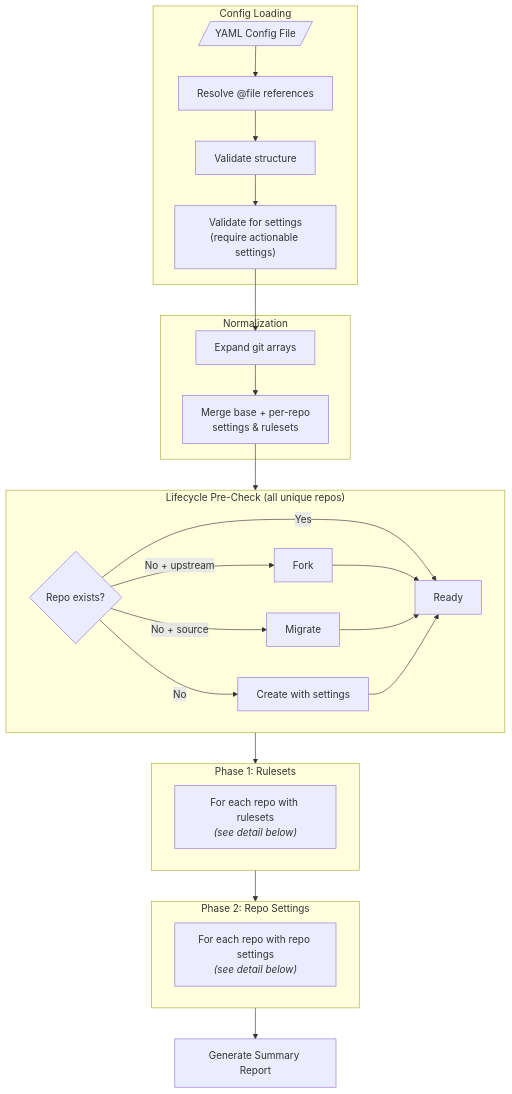
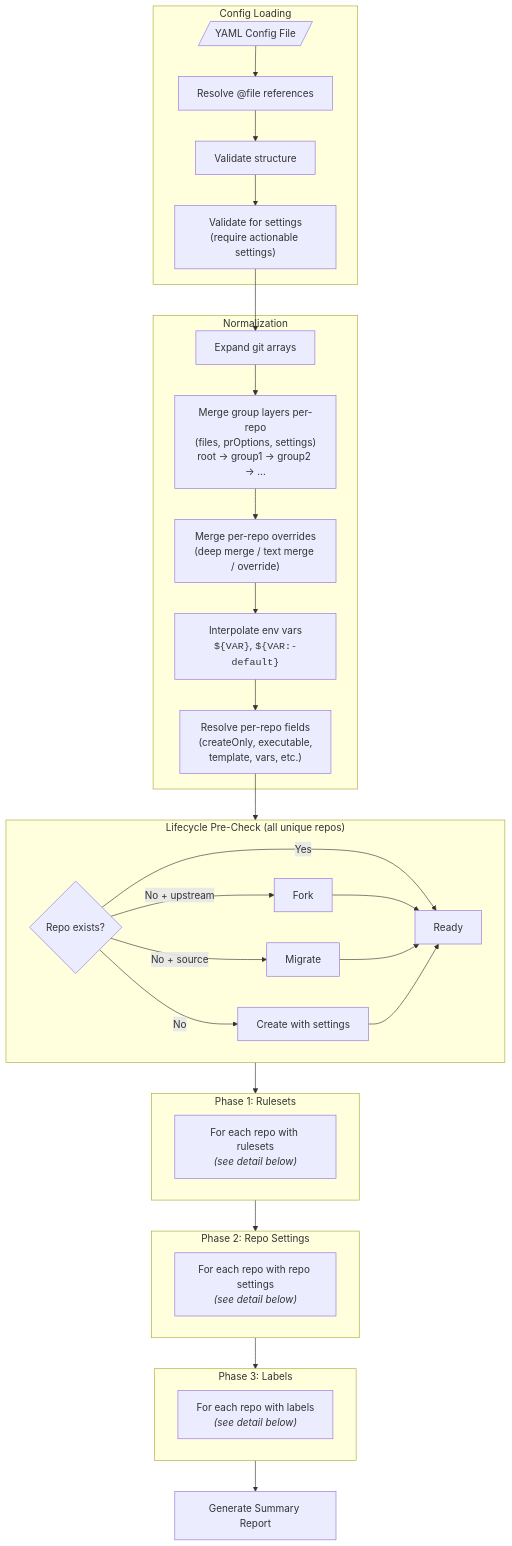
The third of 6 diagrams in docs/index.md (anthony-spruyt/xfg), drawn with Mermaid before and after one commit. The commit also changed other lines of this file, not shown here.

First line of the commit message:
docs: update stale Mermaid architecture diagrams (#576)

````diff
--- a/docs/index.md
+++ b/docs/index.md
@@ -300,35 +308,43 @@
 ```mermaid
 flowchart TB
     subgraph Loading["Config Loading"]
         YAML[/"YAML Config File"/] --> REFS["Resolve @file references"]
         REFS --> VALIDATE["Validate structure"]
         VALIDATE --> VALIDATE_CMD["Validate for settings<br/>(require actionable settings)"]
     end
 
     subgraph Normalization
-        EXPAND["Expand git arrays"] --> MERGE_S["Merge base + per-repo<br/>settings & rulesets"]
+        EXPAND["Expand git arrays"] --> GROUPS_S["Merge group layers per-repo<br/>(files, prOptions, settings)<br/>root → group1 → group2 → …"]
+        GROUPS_S --> MERGE_S["Merge per-repo overrides<br/>(deep merge / text merge / override)"]
+        MERGE_S --> ENV_S["Interpolate env vars<br/><code>${VAR}</code>, <code>${VAR:-default}</code>"]
+        ENV_S --> OPTS_S["Resolve per-repo fields<br/>(createOnly, executable,<br/>template, vars, etc.)"]
     end
 
     subgraph Lifecycle["Lifecycle Pre-Check (all unique repos)"]
         EXIST{"Repo exists?"} -->|Yes| READY["Ready"]
         EXIST -->|"No + upstream"| FORK["Fork"] --> READY
         EXIST -->|"No + source"| MIGRATE["Migrate"] --> READY
         EXIST -->|No| CREATE["Create with settings"] --> READY
     end
 
     subgraph Phase1["Phase 1: Rulesets"]
         RS["For each repo with rulesets<br/><i>(see detail below)</i>"]
     end
 
     subgraph Phase2["Phase 2: Repo Settings"]
         REPO["For each repo with repo settings<br/><i>(see detail below)</i>"]
     end
 
+    subgraph Phase3["Phase 3: Labels"]
+        LBL["For each repo with labels<br/><i>(see detail below)</i>"]
+    end
+
     REPORT["Generate Summary Report"]
 
     VALIDATE_CMD --> EXPAND
-    MERGE_S --> Lifecycle
+    OPTS_S --> Lifecycle
     Lifecycle --> Phase1
     Phase1 --> Phase2
-    Phase2 --> REPORT
+    Phase2 --> Phase3
+    Phase3 --> REPORT
 ```
````
